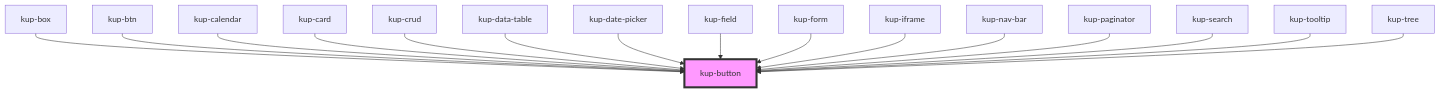
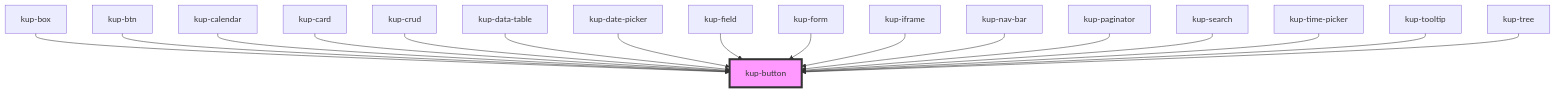
One commit to smeup/ketchup changed the diagram in packages/ketchup/src/components/kup-button/readme.md. Above: the diagram before and after it, drawn with Mermaid. The commit also changed other lines of this file and 1 other file, not shown here.

````diff
--- a/packages/ketchup/src/components/kup-button/readme.md
+++ b/packages/ketchup/src/components/kup-button/readme.md
@@ -64,19 +65,20 @@
 ```mermaid
 graph TD;
   kup-box --> kup-button
   kup-btn --> kup-button
   kup-calendar --> kup-button
   kup-card --> kup-button
   kup-crud --> kup-button
   kup-data-table --> kup-button
   kup-date-picker --> kup-button
   kup-field --> kup-button
   kup-form --> kup-button
   kup-iframe --> kup-button
   kup-nav-bar --> kup-button
   kup-paginator --> kup-button
   kup-search --> kup-button
+  kup-time-picker --> kup-button
   kup-tooltip --> kup-button
   kup-tree --> kup-button
   style kup-button fill:#f9f,stroke:#333,stroke-width:4px
 ```
````
